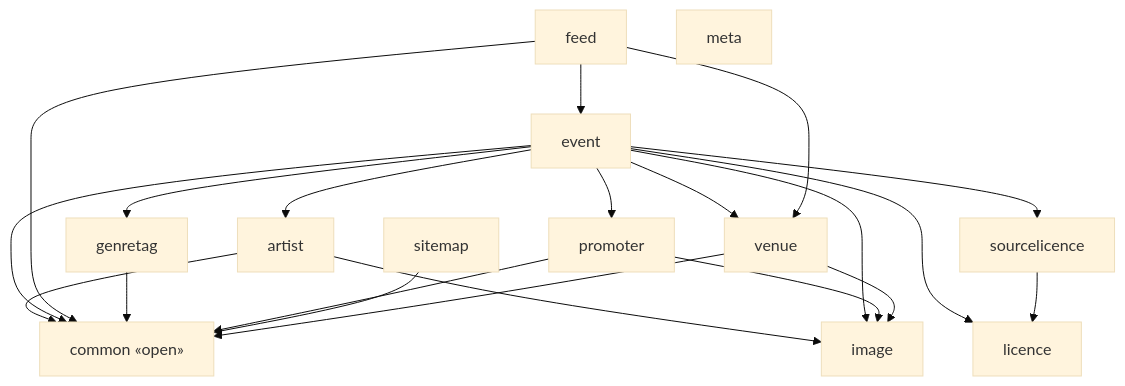
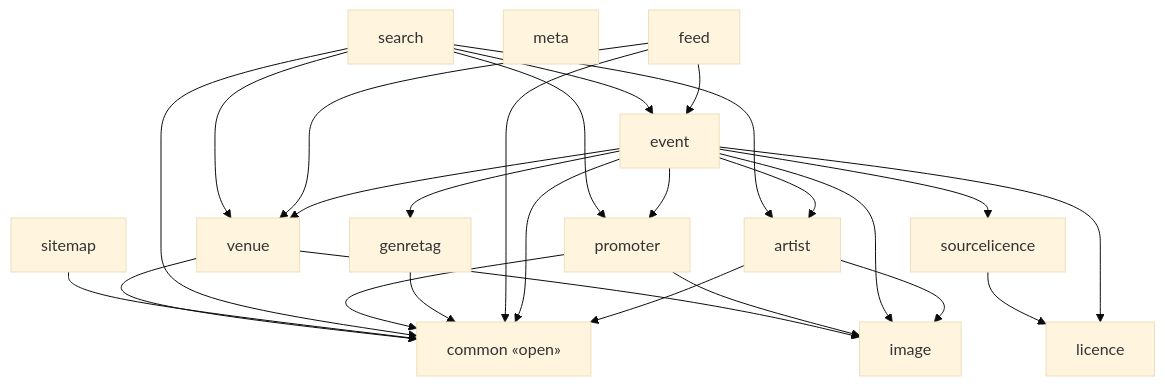
Before and after one commit to enorm-labs/event-junkie: the diagram in docs/architecture/modules-events-bff.md, drawn with Mermaid (base theme). The commit also changed 30 other files, not shown here.

````diff
--- a/docs/architecture/modules-events-bff.md
+++ b/docs/architecture/modules-events-bff.md
@@ -9,36 +9,42 @@
 ```mermaid
 flowchart TD
     artist["artist"]
     common["common «open»"]
     event["event"]
     feed["feed"]
     genretag["genretag"]
     image["image"]
     licence["licence"]
     meta["meta"]
     promoter["promoter"]
+    search["search"]
     sitemap["sitemap"]
     sourcelicence["sourcelicence"]
     venue["venue"]
 
     artist --> common
     artist --> image
     event --> artist
     event --> common
     event --> genretag
     event --> image
     event --> licence
     event --> promoter
     event --> sourcelicence
     event --> venue
     feed --> common
     feed --> event
     feed --> venue
     genretag --> common
     promoter --> common
     promoter --> image
+    search --> artist
+    search --> common
+    search --> event
+    search --> promoter
+    search --> venue
     sitemap --> common
     sourcelicence --> licence
     venue --> common
     venue --> image
 ```
````
